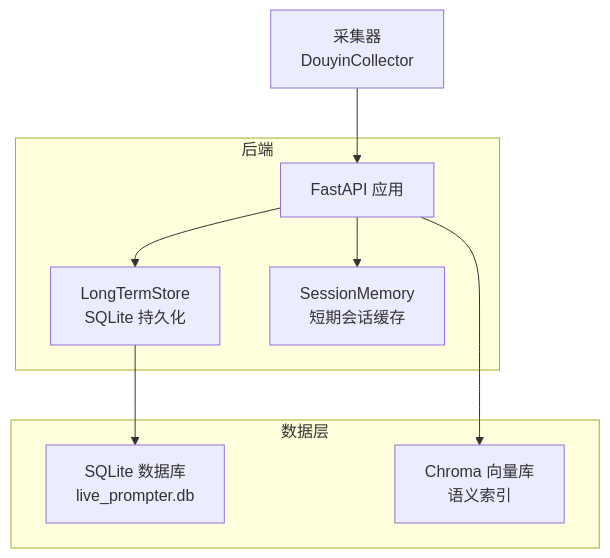
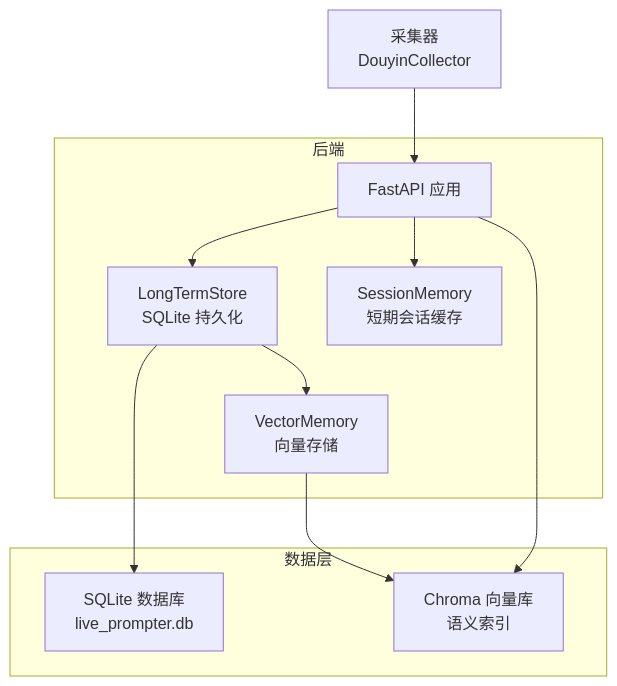
The first of 3 diagrams in .qoder/repowiki/zh/content/后端服务/内存管理系统/长期存储管理.md (Moon-Force/DouYin_llm), drawn with Mermaid before and after one commit. The commit also changed other lines of this file and 17 other files, not shown here.

````diff
--- a/.qoder/repowiki/zh/content/后端服务/内存管理系统/长期存储管理.md
+++ b/.qoder/repowiki/zh/content/后端服务/内存管理系统/长期存储管理.md
@@ -31,17 +43,20 @@
 ```mermaid
 graph TB
 subgraph "后端"
 LT["LongTermStore<br/>SQLite 持久化"]
 SM["SessionMemory<br/>短期会话缓存"]
+VM["VectorMemory<br/>向量存储"]
 APP["FastAPI 应用"]
 end
 subgraph "数据层"
 DB["SQLite 数据库<br/>live_prompter.db"]
 CH["Chroma 向量库<br/>语义索引"]
 end
 COL["采集器<br/>DouyinCollector"] --> APP
 APP --> SM
 APP --> LT
 LT --> DB
+LT --> VM
+VM --> CH
 APP --> CH
 ```
````
